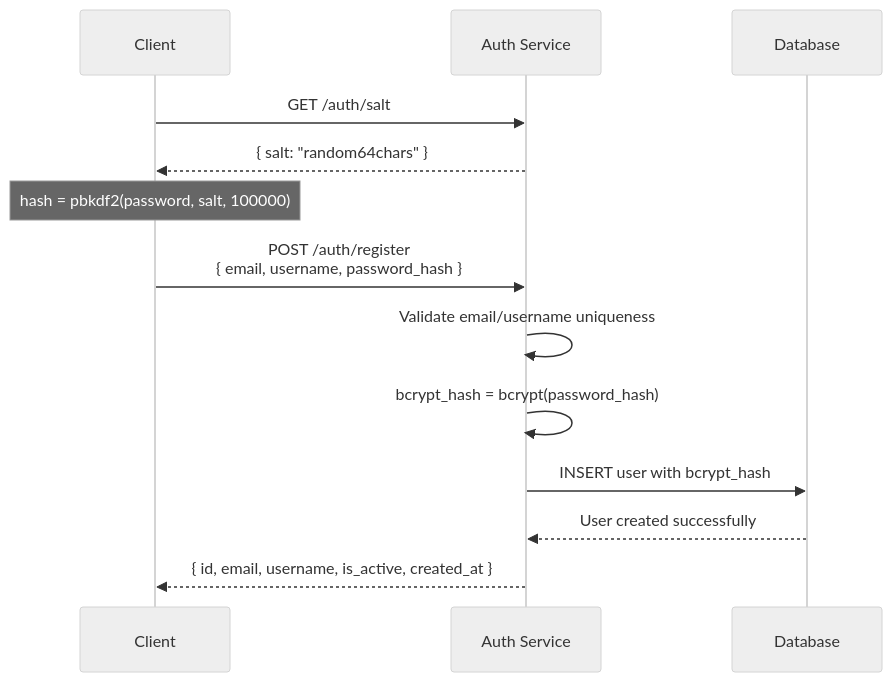
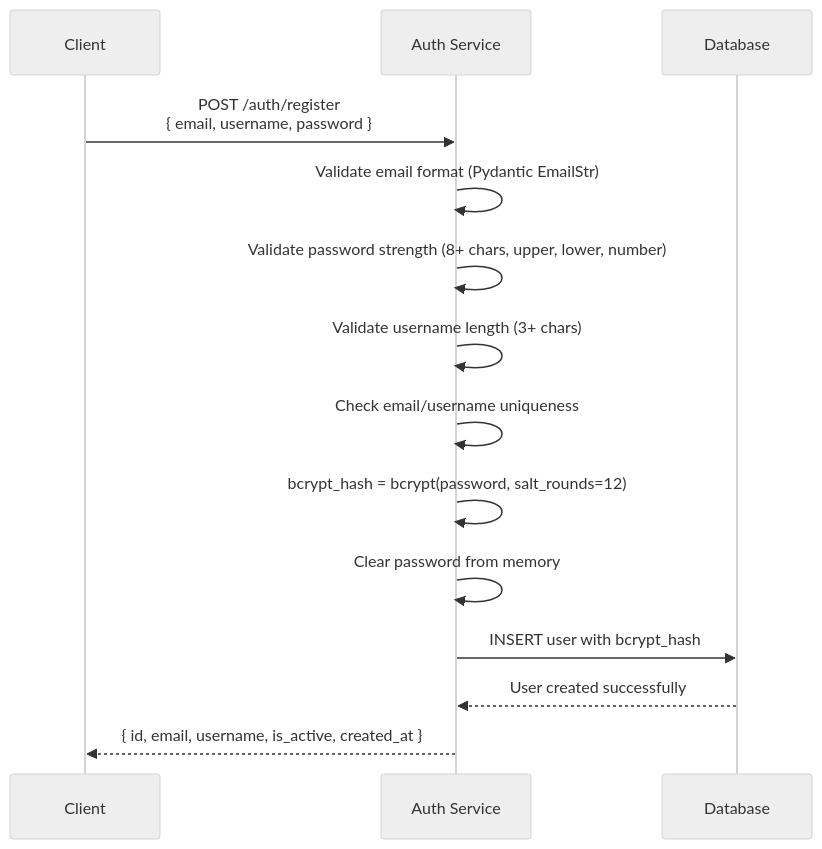
Before and after one commit to sudhan-m/munshi: the fifth of 7 diagrams in src/auth_service/README.md, drawn with Mermaid (neutral theme). The commit also changed other lines of this file and 13 other files, not shown here.

First line of the commit message:
Add HTTPS reverse proxy and update authentication flow

````diff
--- a/src/auth_service/README.md
+++ b/src/auth_service/README.md
@@ -619,20 +590,19 @@
 ```mermaid
 sequenceDiagram
     participant C as Client
     participant A as Auth Service
     participant D as Database
     
-    C->>A: GET /auth/salt
-    A-->>C: { salt: "random64chars" }
+    C->>A: POST /auth/register<br/>{ email, username, password }
     
-    Note over C: hash = pbkdf2(password, salt, 100000)
-    
-    C->>A: POST /auth/register<br/>{ email, username, password_hash }
-    
-    A->>A: Validate email/username uniqueness
-    A->>A: bcrypt_hash = bcrypt(password_hash)
+    A->>A: Validate email format (Pydantic EmailStr)
+    A->>A: Validate password strength (8+ chars, upper, lower, number)
+    A->>A: Validate username length (3+ chars)
+    A->>A: Check email/username uniqueness
+    A->>A: bcrypt_hash = bcrypt(password, salt_rounds=12)
+    A->>A: Clear password from memory
     A->>D: INSERT user with bcrypt_hash
     D-->>A: User created successfully
     A-->>C: { id, email, username, is_active, created_at }
     
 ```
````
